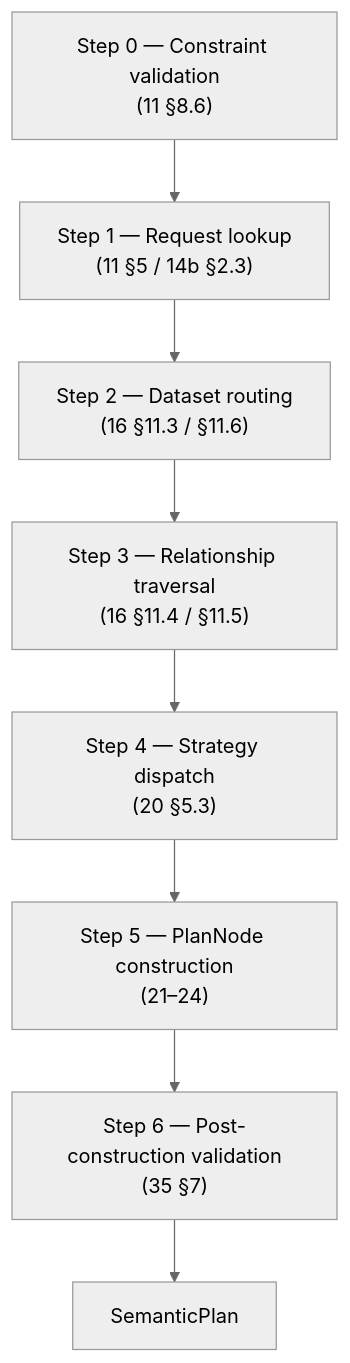
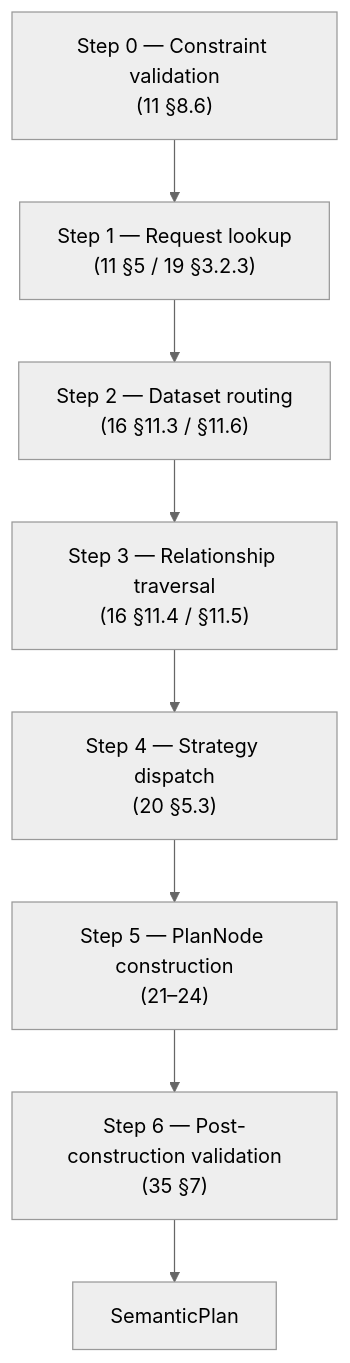
Before and after one commit to ahmetdal-funnel/semstrait: the diagram in docs/design/apis/34_semstrait_planner.md, drawn with Mermaid (neutral theme). The commit also changed other lines of this file and 38 other files, not shown here.

````diff
--- a/docs/design/apis/34_semstrait_planner.md
+++ b/docs/design/apis/34_semstrait_planner.md
@@ -530,10 +559,10 @@
 ```mermaid
 flowchart TD
-    S0["Step 0 — Constraint validation<br/>(11 §8.6)"] --> S1["Step 1 — Request lookup<br/>(11 §5 / 14b §2.3)"]
+    S0["Step 0 — Constraint validation<br/>(11 §8.6)"] --> S1["Step 1 — Request lookup<br/>(11 §5 / 19 §3.2.3)"]
     S1 --> S2["Step 2 — Dataset routing<br/>(16 §11.3 / §11.6)"]
     S2 --> S3["Step 3 — Relationship traversal<br/>(16 §11.4 / §11.5)"]
     S3 --> S4["Step 4 — Strategy dispatch<br/>(20 §5.3)"]
     S4 --> S5["Step 5 — PlanNode construction<br/>(21–24)"]
     S5 --> S6["Step 6 — Post-construction validation<br/>(35 §7)"]
     S6 --> OUT[SemanticPlan]
 ```
````
